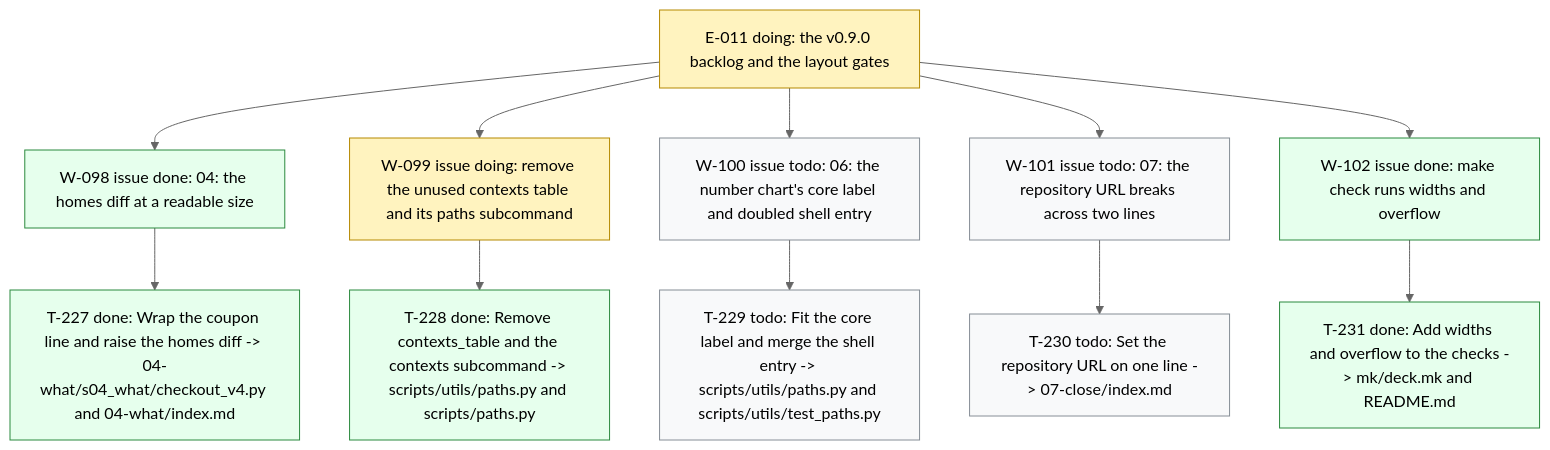
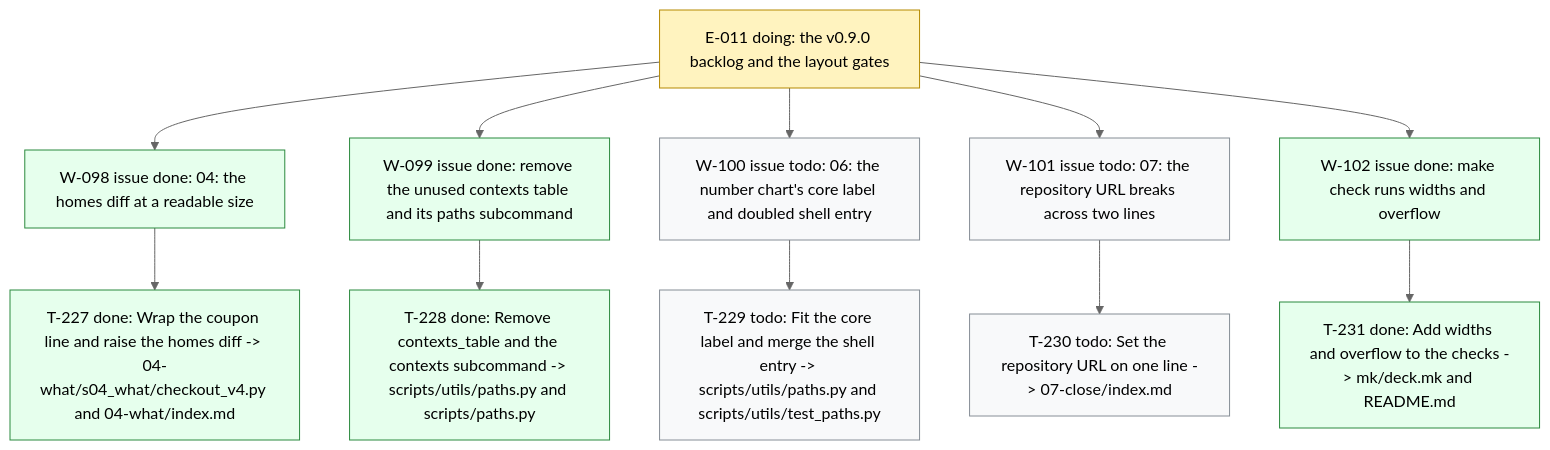
One commit to dpopchev/chaos-to-simple changed the diagram in .board/BOARD.md. Above: the diagram before and after it, drawn with Mermaid (neutral theme). The commit also changed other lines of this file and 1 other file, not shown here.

Commit message:
chore(board): close W-099 -- landed
Refs: W-099

````diff
--- a/.board/BOARD.md
+++ b/.board/BOARD.md
@@ -594,22 +594,22 @@
 ```mermaid
 flowchart TD
   E011["E-011 doing: the v0.9.0 backlog and the layout gates"]
   E011 --> W098["W-098 issue done: 04: the homes diff at a readable size"]
   W098 --> T227["T-227 done: Wrap the coupon line and raise the homes diff -> 04-what/s04_what/checkout_v4.py and 04-what/index.md"]
-  E011 --> W099["W-099 issue doing: remove the unused contexts table and its paths subcommand"]
+  E011 --> W099["W-099 issue done: remove the unused contexts table and its paths subcommand"]
   W099 --> T228["T-228 done: Remove contexts_table and the contexts subcommand -> scripts/utils/paths.py and scripts/paths.py"]
   E011 --> W100["W-100 issue todo: 06: the number chart's core label and doubled shell entry"]
   W100 --> T229["T-229 todo: Fit the core label and merge the shell entry -> scripts/utils/paths.py and scripts/utils/test_paths.py"]
   E011 --> W101["W-101 issue todo: 07: the repository URL breaks across two lines"]
   W101 --> T230["T-230 todo: Set the repository URL on one line -> 07-close/index.md"]
   E011 --> W102["W-102 issue done: make check runs widths and overflow"]
   W102 --> T231["T-231 done: Add widths and overflow to the checks -> mk/deck.mk and README.md"]
   classDef doing fill:#fff3bf,stroke:#b58900,color:#000;
   classDef blocked fill:#ffe3e3,stroke:#c92a2a,color:#000;
   classDef done fill:#e6ffed,stroke:#2b8a3e,color:#000;
   classDef todo fill:#f8f9fa,stroke:#868e96,color:#000;
   classDef pruned fill:#f1f3f5,stroke:#adb5bd,color:#000;
-  class E011,W099 doing
-  class W098,T227,T228,W102,T231 done
+  class E011 doing
+  class W098,T227,W099,T228,W102,T231 done
   class W100,T229,W101,T230 todo
 ```
````
